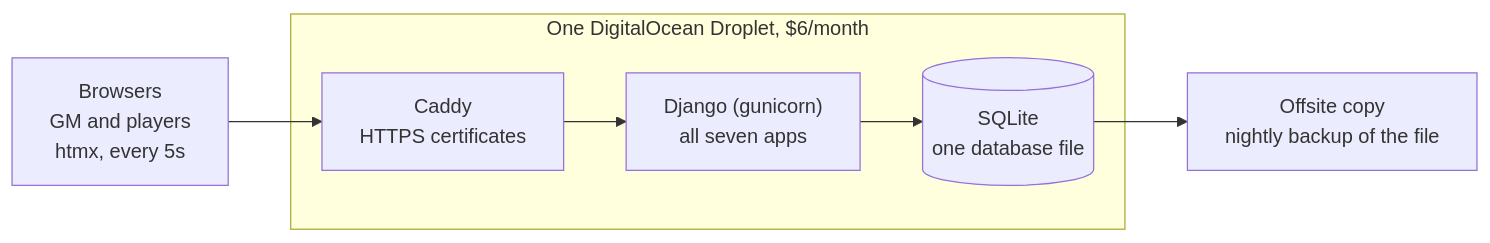
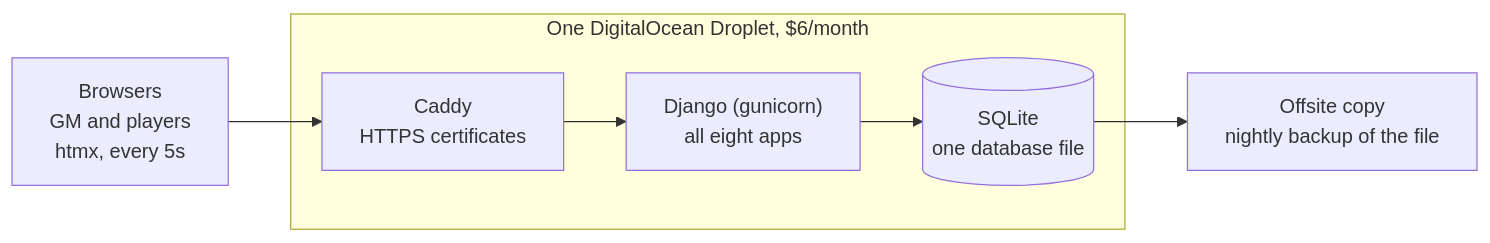
One commit to bernvaughn/west-marches-game-tracker-app changed the diagram in README.md. Above: the diagram before and after it, drawn with Mermaid. The commit also changed other lines of this file and 2 other files, not shown here.

````diff
--- a/README.md
+++ b/README.md
@@ -33,8 +33,8 @@
 ```mermaid
 flowchart LR
     B["Browsers<br/>GM and players<br/>htmx, every 5s"] --> C
     subgraph D["One DigitalOcean Droplet, $6/month"]
-        C["Caddy<br/>HTTPS certificates"] --> G["Django (gunicorn)<br/>all seven apps"] --> S[("SQLite<br/>one database file")]
+        C["Caddy<br/>HTTPS certificates"] --> G["Django (gunicorn)<br/>all eight apps"] --> S[("SQLite<br/>one database file")]
     end
     S --> O["Offsite copy<br/>nightly backup of the file"]
 ```
````
